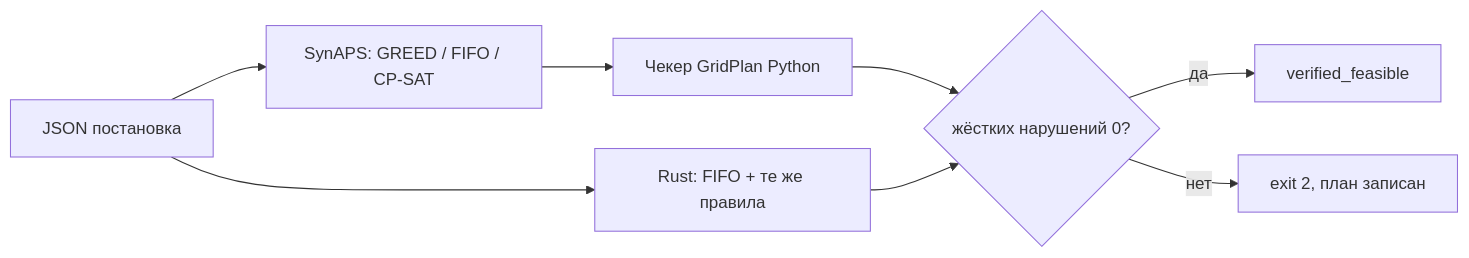
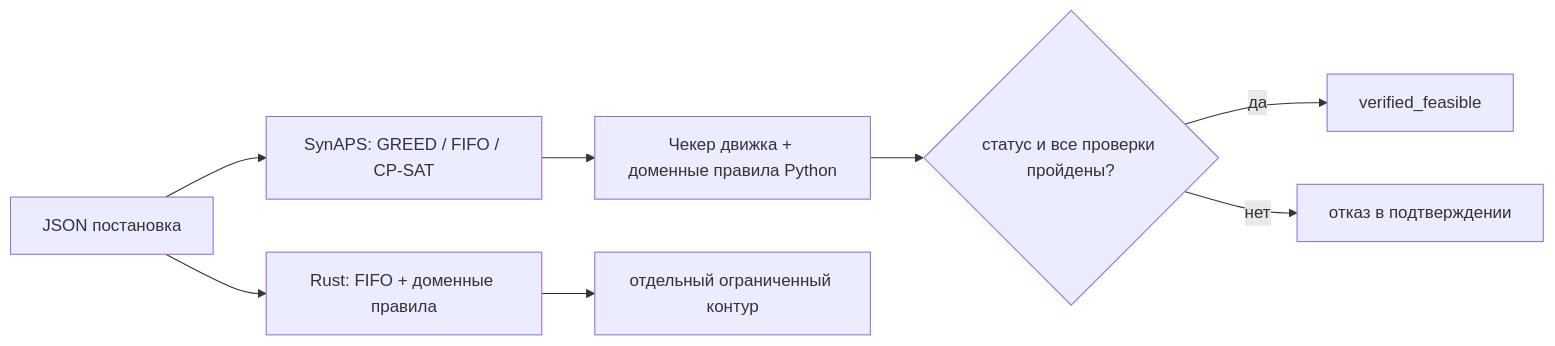
Before and after one commit to KonkovDV/SynAPS-GridPlan: the diagram in README.md, drawn with Mermaid. The commit also changed other lines of this file and 1 other file, not shown here.

````diff
--- a/README.md
+++ b/README.md
@@ -38,10 +46,10 @@
 ```mermaid
 flowchart LR
   A[JSON постановка] --> B[SynAPS: GREED / FIFO / CP-SAT]
-  B --> C[Чекер GridPlan Python]
-  A --> D[Rust: FIFO + те же правила]
-  C --> E{жёстких нарушений 0?}
-  D --> E
+  B --> C[Чекер движка + доменные правила Python]
+  C --> E{статус и все проверки пройдены?}
   E -->|да| F[verified_feasible]
-  E -->|нет| G[exit 2, план записан]
+  E -->|нет| G[отказ в подтверждении]
+  A --> D[Rust: FIFO + доменные правила]
+  D --> H[отдельный ограниченный контур]
 ```
````
